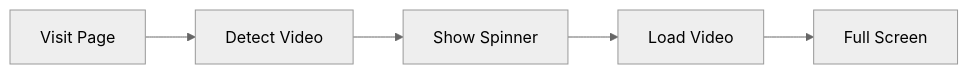
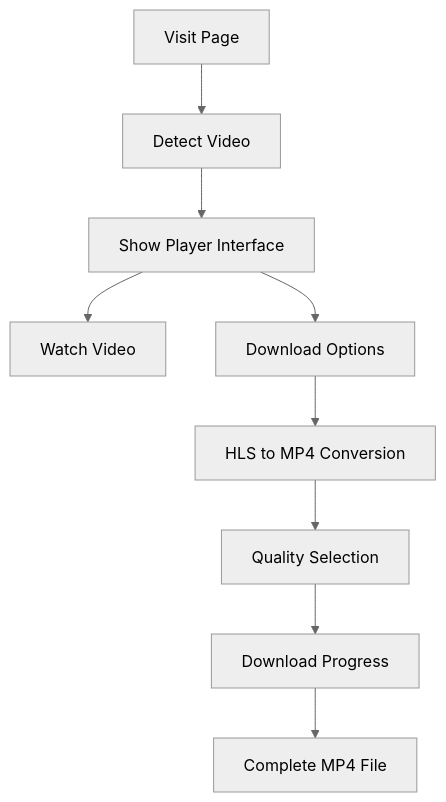
Before and after one commit to 5f32797a/VimeoSPL: the diagram in README.md, drawn with Mermaid (neutral theme). The commit also changed other lines of this file and 1 other file, not shown here.

````diff
--- a/README.md
+++ b/README.md
@@ -49,7 +63,11 @@
-   ```mermaid
-   graph LR
-   A[Visit Page] --> B[Detect Video]
-   B --> C[Show Spinner]
-   C --> D[Load Video]
-   D --> E[Full Screen]
-   ```
+```mermaid
+graph TD
+A[Visit Page] --> B[Detect Video]
+B --> C[Show Player Interface]
+C --> D[Watch Video]
+C --> E[Download Options]
+E --> G[HLS to MP4 Conversion]
+G --> H[Quality Selection]
+H --> I[Download Progress]
+I --> J[Complete MP4 File]
+```
````
